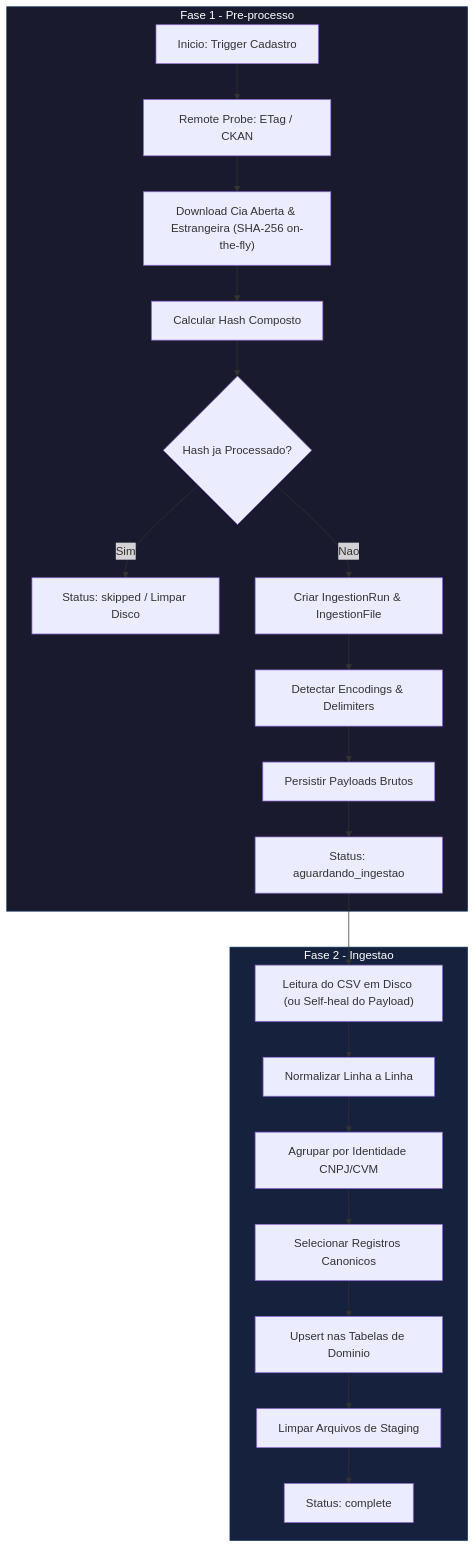
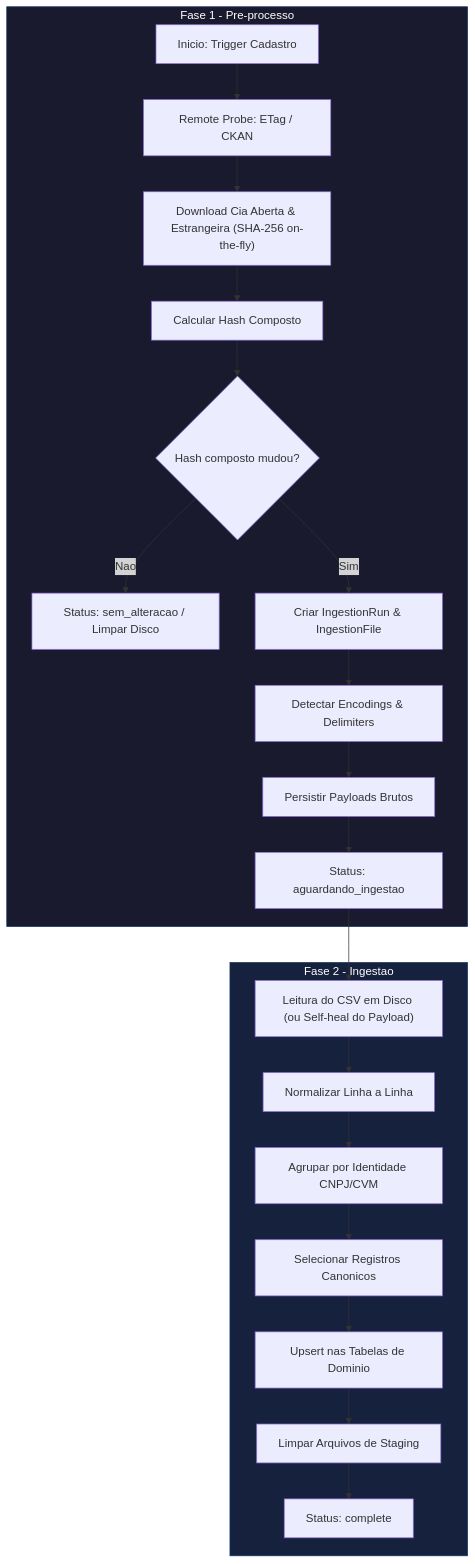
Before and after one commit to JoseLArantes/cvm.tucano: the first of 2 diagrams in docs/ingestion.md, drawn with Mermaid. The commit also changed other lines of this file and 108 other files, not shown here.

````diff
--- a/docs/ingestion.md
+++ b/docs/ingestion.md
@@ -82,29 +82,29 @@
 ```mermaid
 graph TD
     %% Phase 1
     subgraph phase1 ["Fase 1 - Pre-processo"]
         A["Inicio: Trigger Cadastro"] --> B["Remote Probe: ETag / CKAN"]
         B --> C["Download Cia Aberta & Estrangeira (SHA-256 on-the-fly)"]
         C --> D["Calcular Hash Composto"]
-        D --> E{"Hash ja Processado?"}
-        E -- Sim --> F["Status: skipped / Limpar Disco"]
-        E -- Nao --> G["Criar IngestionRun & IngestionFile"]
+        D --> E{"Hash composto mudou?"}
+        E -- Nao --> F["Status: sem_alteracao / Limpar Disco"]
+        E -- Sim --> G["Criar IngestionRun & IngestionFile"]
         G --> H["Detectar Encodings & Delimiters"]
         H --> I["Persistir Payloads Brutos"]
         I --> J["Status: aguardando_ingestao"]
     end
 
     %% Phase 2
     subgraph phase2 ["Fase 2 - Ingestao"]
         J --> K["Leitura do CSV em Disco (ou Self-heal do Payload)"]
         K --> L["Normalizar Linha a Linha"]
         L --> M["Agrupar por Identidade CNPJ/CVM"]
         M --> N["Selecionar Registros Canonicos"]
         N --> O["Upsert nas Tabelas de Dominio"]
         O --> P["Limpar Arquivos de Staging"]
         P --> Q["Status: complete"]
     end
 
     style phase1 fill:#1a1a2e,stroke:#0f3460,color:#fff
     style phase2 fill:#16213e,stroke:#0f3460,color:#fff
 ```
````
